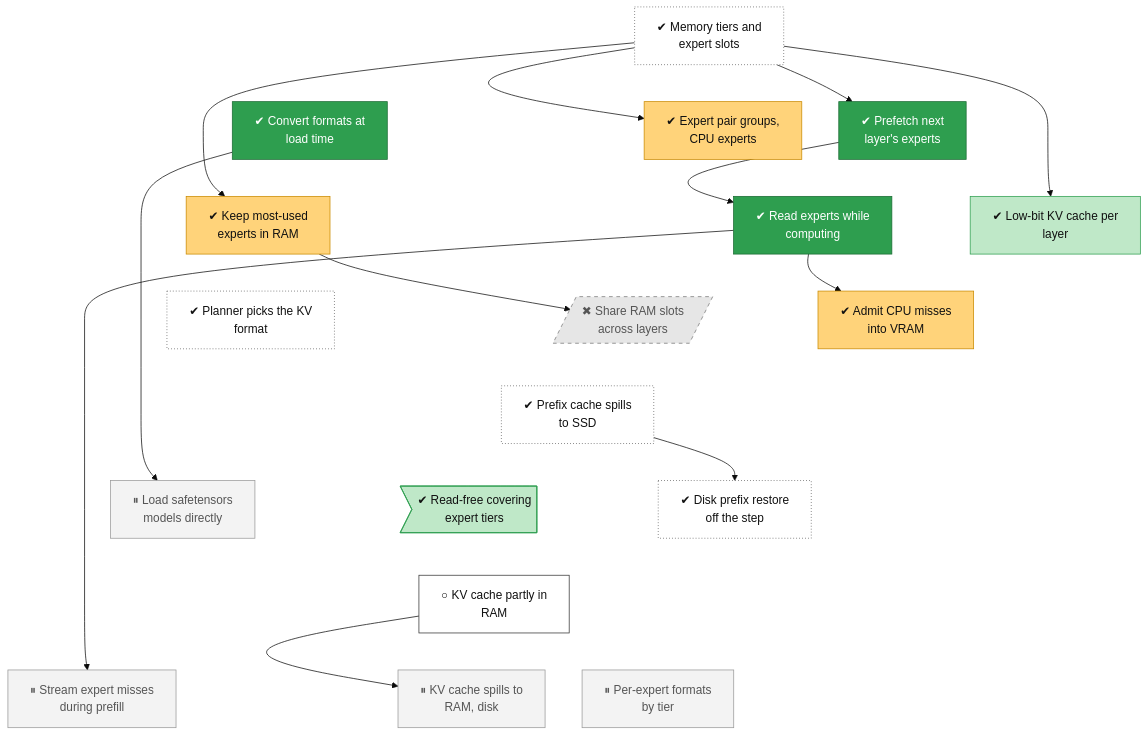
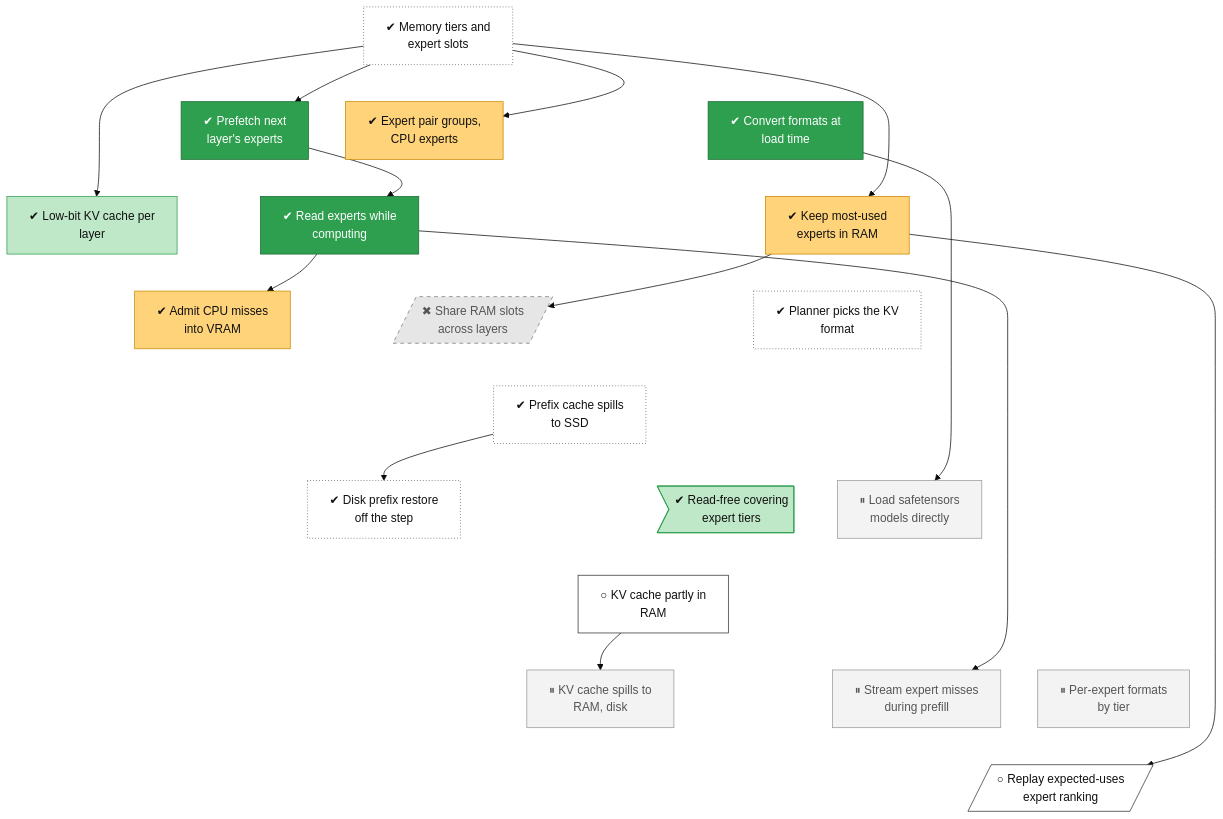
The diagram in docs/roadmap/tracks/memory.md (lhns/tetraeder), drawn with Mermaid (base theme) before and after one commit. The commit also changed other lines of this file and 4 other files, not shown here.

Commit message:
Tree: remote KV and the missing prefix fetch done (CI run 45856675334); follow-ups short idle prefix dropped (next), live-sequence serve, head replica fetch, box fetch timing (parked); Magnitude expected-uses ranking in the replay (next) (not measured)

````diff
--- a/docs/roadmap/tracks/memory.md
+++ b/docs/roadmap/tracks/memory.md
@@ -10,74 +10,79 @@
 ```mermaid
 flowchart TB
     memory_tiers["✔ Memory tiers and<br/>expert slots"]
     memory_pair_groups["✔ Expert pair groups,<br/>CPU experts"]
     memory_prefetch["✔ Prefetch next<br/>layer's experts"]
     memory_conversion["✔ Convert formats at<br/>load time"]
     memory_io_service["✔ Read experts while<br/>computing"]
     memory_low_bit_kv["✔ Low-bit KV cache per<br/>layer"]
     memory_ram_freq["✔ Keep most-used<br/>experts in RAM"]
     memory_adaptive_tier["✔ Admit CPU misses<br/>into VRAM"]
     memory_ram_pool[/"✖ Share RAM slots<br/>across layers"/]
     memory_kv_auto["✔ Planner picks the KV<br/>format"]
     memory_prefix_ssd["✔ Prefix cache spills<br/>to SSD"]
     memory_prefix_disk_async["✔ Disk prefix restore<br/>off the step"]
     memory_ram_tier_complement>"✔ Read-free covering<br/>expert tiers"]
     memory_safetensors["⏸ Load safetensors<br/>models directly"]
     memory_kv_host["○ KV cache partly in<br/>RAM"]
     memory_kv_tiers["⏸ KV cache spills to<br/>RAM, disk"]
     memory_prefill_misses["⏸ Stream expert misses<br/>during prefill"]
     memory_typed_slots["⏸ Per-expert formats<br/>by tier"]
+    memory_replay_expected_uses[/"○ Replay expected-uses<br/>expert ranking"/]
     memory_tiers ~~~ memory_pair_groups
     memory_tiers ~~~ memory_prefetch
     memory_tiers ~~~ memory_conversion
     memory_pair_groups ~~~ memory_io_service
     memory_prefetch ~~~ memory_low_bit_kv
     memory_conversion ~~~ memory_ram_freq
     memory_io_service ~~~ memory_adaptive_tier
     memory_low_bit_kv ~~~ memory_ram_pool
     memory_ram_freq ~~~ memory_kv_auto
     memory_adaptive_tier ~~~ memory_prefix_ssd
     memory_ram_pool ~~~ memory_prefix_ssd
     memory_kv_auto ~~~ memory_prefix_ssd
     memory_prefix_ssd ~~~ memory_prefix_disk_async
     memory_prefix_ssd ~~~ memory_ram_tier_complement
     memory_prefix_ssd ~~~ memory_safetensors
     memory_prefix_disk_async ~~~ memory_kv_host
     memory_ram_tier_complement ~~~ memory_kv_host
     memory_safetensors ~~~ memory_kv_host
     memory_kv_host ~~~ memory_kv_tiers
     memory_kv_host ~~~ memory_prefill_misses
     memory_kv_host ~~~ memory_typed_slots
+    memory_kv_tiers ~~~ memory_replay_expected_uses
+    memory_prefill_misses ~~~ memory_replay_expected_uses
+    memory_typed_slots ~~~ memory_replay_expected_uses
     memory_tiers --> memory_pair_groups
     memory_tiers --> memory_prefetch
     memory_prefetch --> memory_io_service
     memory_tiers --> memory_low_bit_kv
     memory_tiers --> memory_ram_freq
     memory_io_service --> memory_adaptive_tier
     memory_ram_freq --> memory_ram_pool
     memory_prefix_ssd --> memory_prefix_disk_async
     memory_conversion --> memory_safetensors
     memory_kv_host --> memory_kv_tiers
     memory_io_service --> memory_prefill_misses
+    memory_ram_freq --> memory_replay_expected_uses
     classDef vsucc fill:#2e9e4f,stroke:#1b6b34,color:#fff
     classDef succ fill:#bfe8c8,stroke:#2e9e4f,color:#111
     classDef mixed fill:#ffd37a,stroke:#c98a00,color:#111
     classDef bad fill:#f28b82,stroke:#b3261e,color:#111
     classDef dead fill:#e6e6e6,stroke:#777,stroke-dasharray:5 5,color:#555
     classDef inprog fill:#a8cdf5,stroke:#1f6fc5,color:#111
     classDef next fill:#fff,stroke:#333,color:#111
     classDef blocked fill:#fff,stroke:#b3261e,stroke-dasharray:2 2,color:#111
     classDef parked fill:#f3f3f3,stroke:#999,color:#555
     classDef unrated fill:#fff,stroke:#333,stroke-dasharray:1 3,color:#111
     classDef gate fill:#d9c2f0,stroke:#7b3fb5,color:#111
     classDef decided fill:#ece0f7,stroke:#7b3fb5,stroke-dasharray:2 2,color:#111
     classDef finding fill:#ffe0b2,stroke:#d84315,stroke-width:2px,color:#111
     classDef waiting fill:#e3f2fd,stroke:#1f6fc5,stroke-dasharray:5 5,color:#111
     class memory_tiers,memory_kv_auto,memory_prefix_ssd,memory_prefix_disk_async unrated
     class memory_pair_groups,memory_ram_freq,memory_adaptive_tier mixed
     class memory_prefetch,memory_conversion,memory_io_service vsucc
     class memory_low_bit_kv,memory_ram_tier_complement succ
     class memory_ram_pool dead
     class memory_safetensors,memory_kv_tiers,memory_prefill_misses,memory_typed_slots parked
-    class memory_kv_host next
+    class memory_kv_host,memory_replay_expected_uses next
 ```
````
